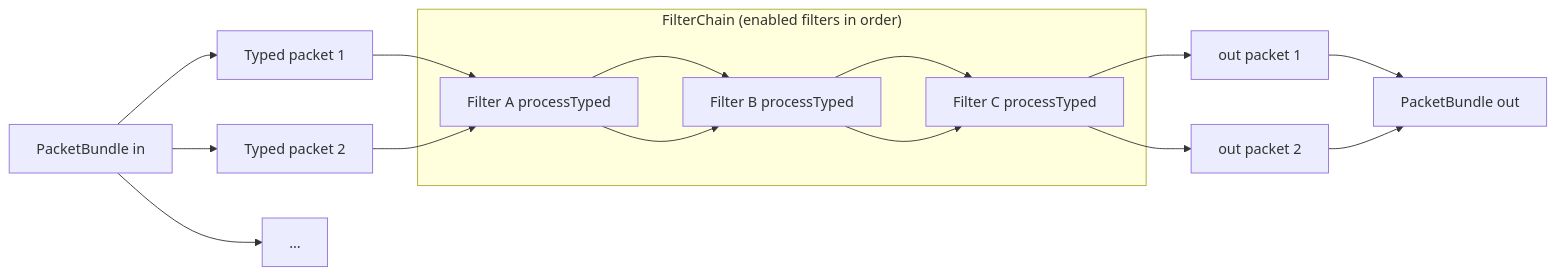
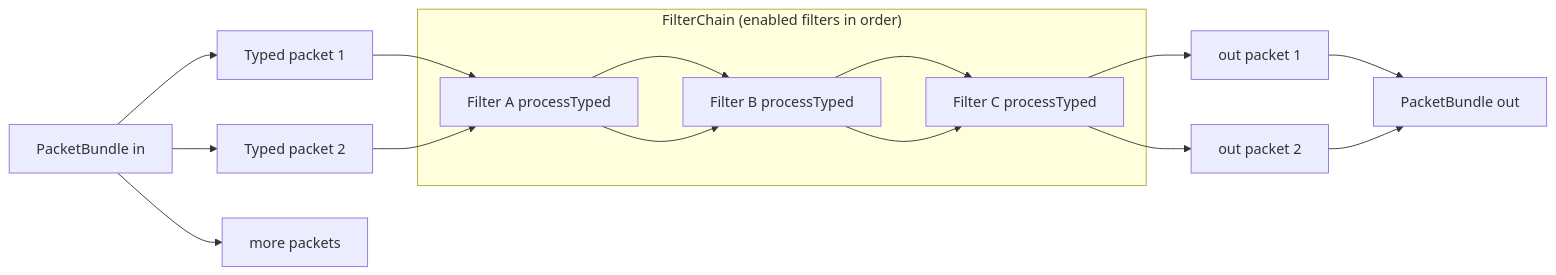
One commit to SensorsINI/jaer changed the fifth of 6 diagrams in docs/README-jaer3.md. Above: the diagram before and after it, drawn with Mermaid. The commit also changed other lines of this file, not shown here.

Commit message:
fixed diagram

````diff
--- a/docs/README-jaer3.md
+++ b/docs/README-jaer3.md
@@ -178,18 +178,18 @@
 ```mermaid
 flowchart LR
   IN[PacketBundle in] --> P1[Typed packet 1]
   IN --> P2[Typed packet 2]
-  IN --> Pn[…]
+  IN --> Pn[more packets]
 
   subgraph Chain["FilterChain (enabled filters in order)"]
     F1[Filter A processTyped]
     F2[Filter B processTyped]
     F3[Filter C processTyped]
   end
 
   P1 --> F1 --> F2 --> F3 --> OUT1[out packet 1]
   P2 --> F1 --> F2 --> F3 --> OUT2[out packet 2]
 
   OUT1 --> OUT[PacketBundle out]
   OUT2 --> OUT
 ```
````
